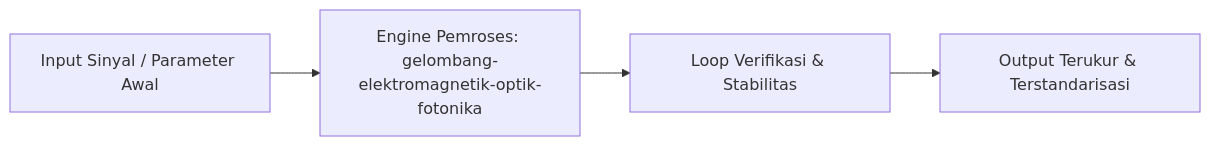
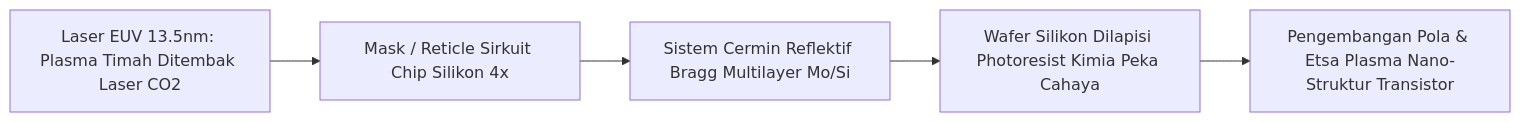
The diagram in curriculum/02-fisika-semikonduktor/033-gelombang-elektromagnetik-optik-fotonika.md (Rizki2204/ultimate-learning-paths), drawn with Mermaid before and after one commit. The commit also changed other lines of this file and 271 other files, not shown here.

````diff
--- a/curriculum/02-fisika-semikonduktor/033-gelombang-elektromagnetik-optik-fotonika.md
+++ b/curriculum/02-fisika-semikonduktor/033-gelombang-elektromagnetik-optik-fotonika.md
@@ -17,6 +41,7 @@
 ```mermaid
 graph LR
-    Input["Input Sinyal / Parameter Awal"] --> Engine["Engine Pemroses: gelombang-elektromagnetik-optik-fotonika"]
-    Engine --> Feedback["Loop Verifikasi & Stabilitas"]
-    Feedback --> Output["Output Terukur & Terstandarisasi"]
+    LaserSource["Laser EUV 13.5nm: Plasma Timah Ditembak Laser CO2"] --> Reticle["Mask / Reticle Sirkuit Chip Silikon 4x"]
+    Reticle --> Mirrors["Sistem Cermin Reflektif Bragg Multilayer Mo/Si"]
+    Mirrors --> Wafer["Wafer Silikon Dilapisi Photoresist Kimia Peka Cahaya"]
+    Wafer --> Etching["Pengembangan Pola & Etsa Plasma Nano-Struktur Transistor"]
 ```
````
